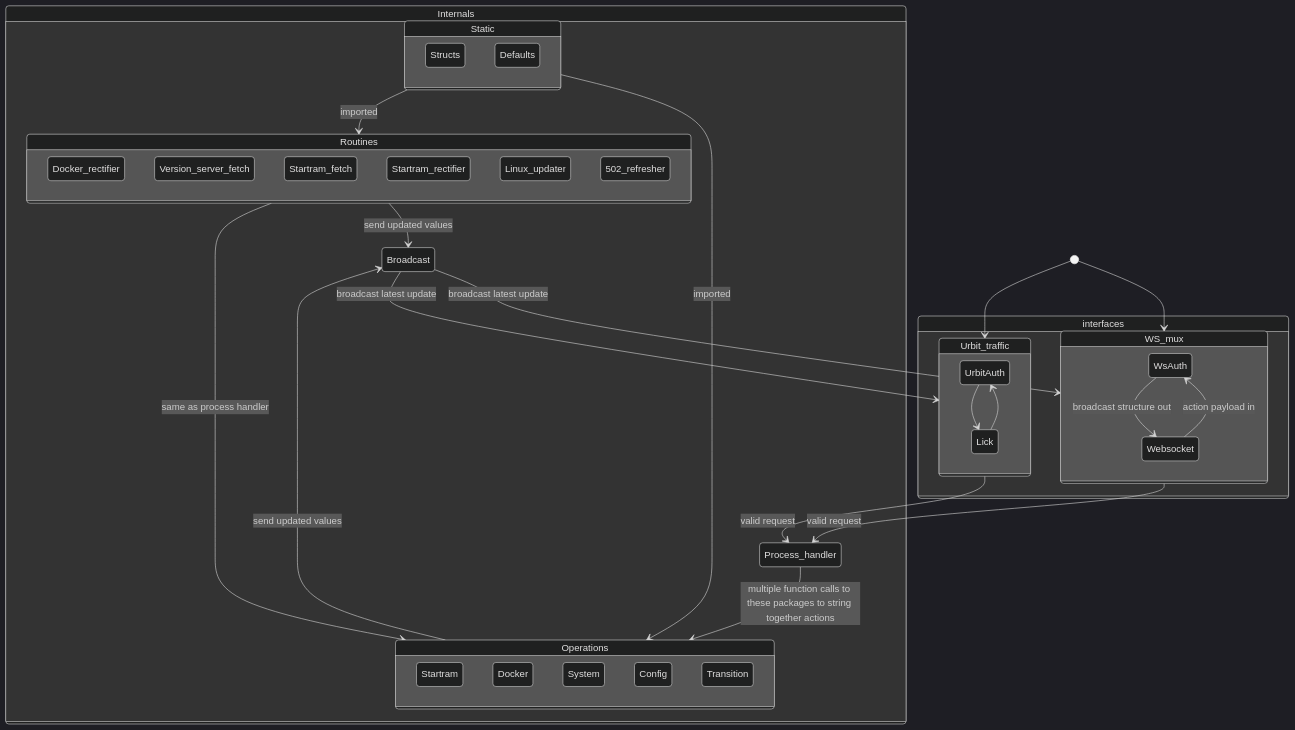
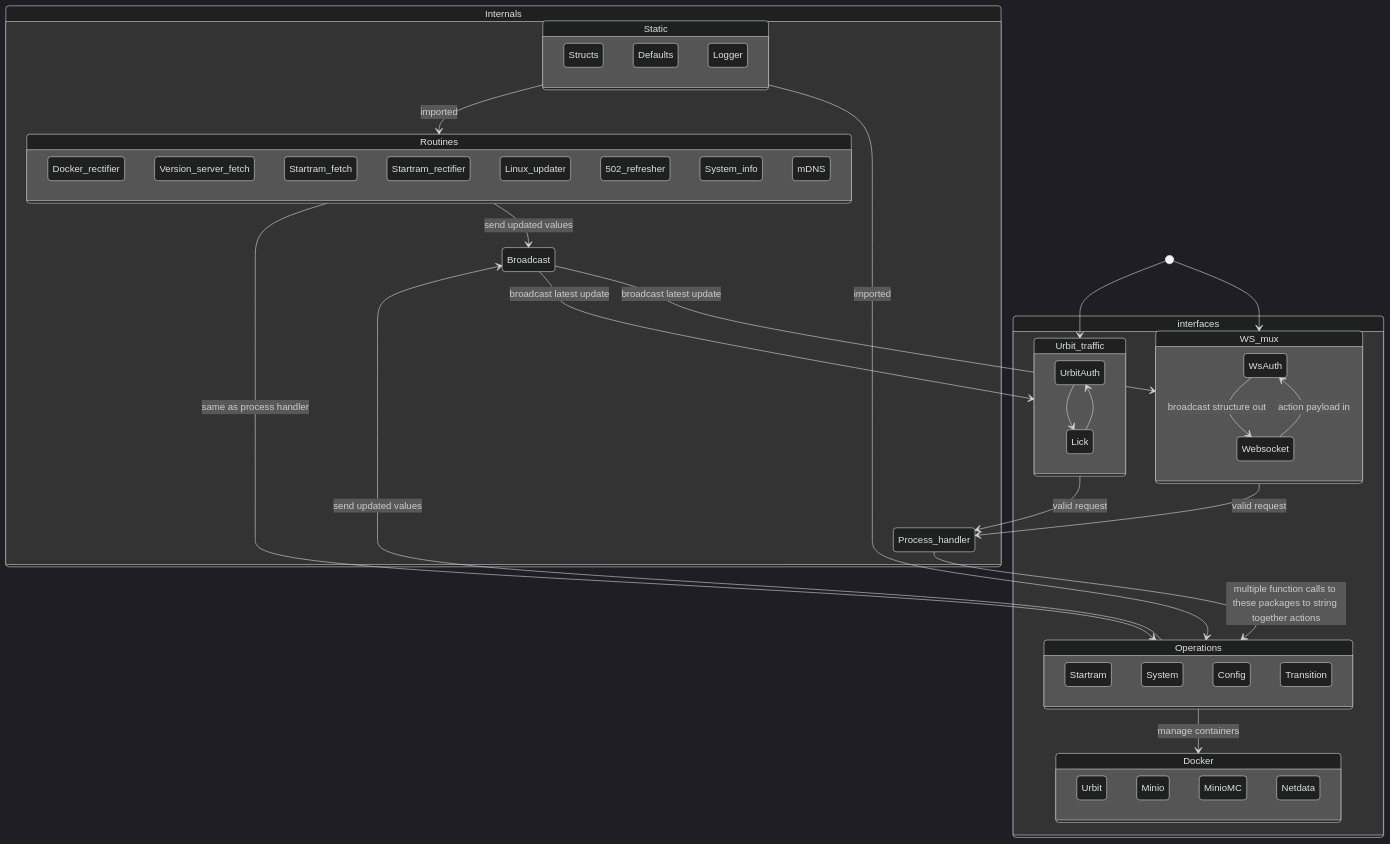
Before and after one commit to Native-Planet/GroundSeg: the diagram in goseg/readme.md, drawn with Mermaid (dark theme).

````diff
--- a/goseg/readme.md
+++ b/goseg/readme.md
@@ -3,49 +3,59 @@
 ```mermaid
 stateDiagram-v2
     direction TB
     accTitle: Goseg package diagram
     accDescr: Interactions between packages in Groundseg Go rewrite
     Broadcast-->WS_mux: broadcast latest update
     Broadcast-->Urbit_traffic: broadcast latest update
     Static-->Operations: imported
     Static-->Routines: imported
     state Internals {
         state Static {
             Structs
             Defaults
+            Logger
         }
         state Routines {
             Docker_rectifier
             Version_server_fetch
             Startram_fetch
             Startram_rectifier
             Linux_updater
             502_refresher
+            System_info
+            mDNS
         }
         state Operations {
             Startram
             Docker
             System
             Config
             Transition
         }
         Process_handler-->Operations: multiple function calls to these packages to string together actions
         Operations-->Broadcast: send updated values
         Routines-->Broadcast: send updated values
     }
     [*]-->WS_mux
     [*]-->Urbit_traffic
     WS_mux-->Process_handler: valid request
     Urbit_traffic-->Process_handler: valid request
     Routines-->Operations: same as process handler
     state interfaces {
         state Urbit_traffic {
             UrbitAuth-->Lick
             Lick-->UrbitAuth
         }
         state WS_mux {
             WsAuth-->Websocket: broadcast structure out
             Websocket-->WsAuth: action payload in
    }
+   state Docker {
+       Urbit
+       Minio
+       MinioMC
+       Netdata
+   }
+   Operations-->Docker: manage containers
 }
 ```
````
